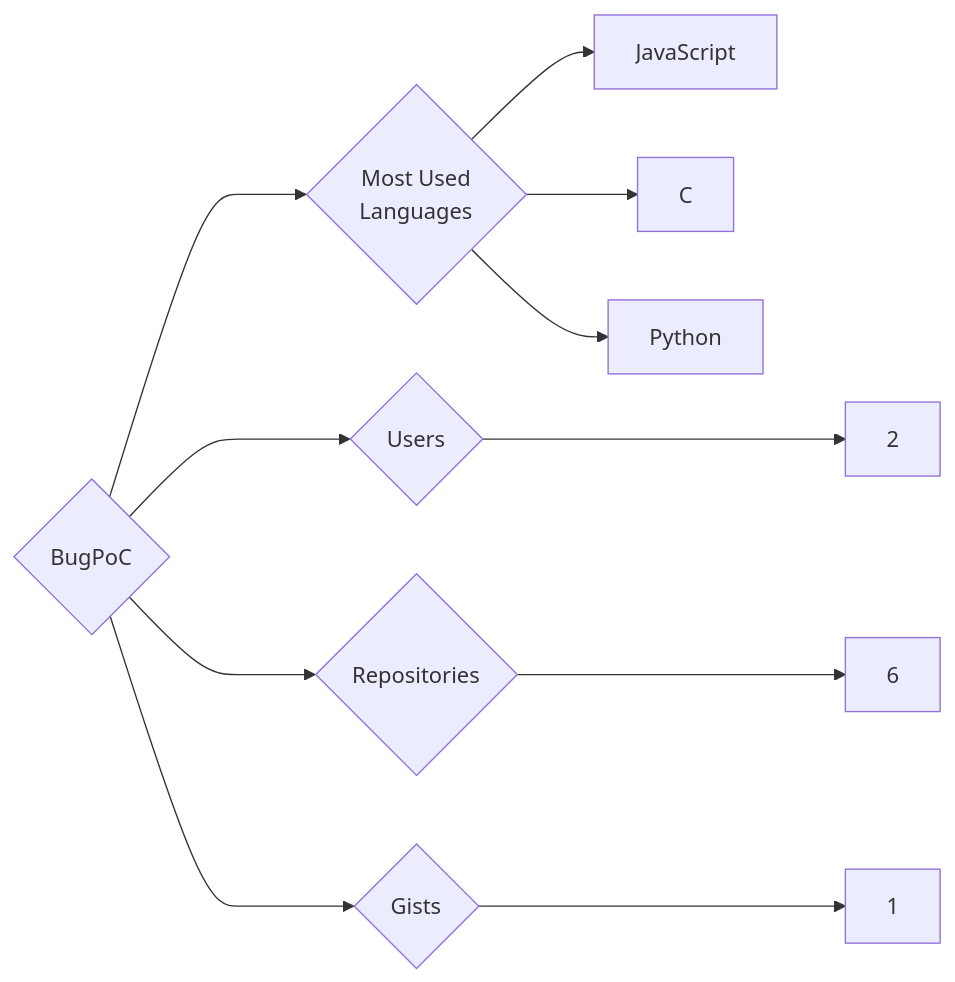
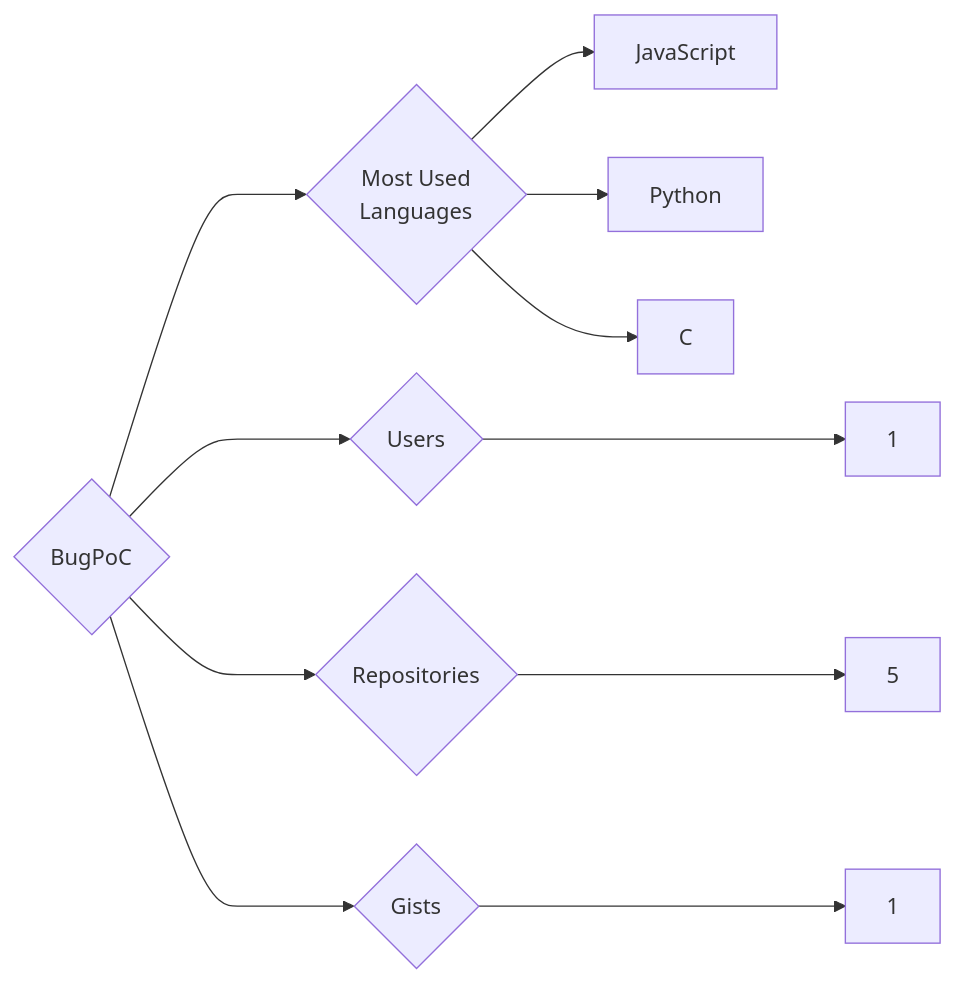
One commit to trickest/insiders changed the diagram in targets/BugPoC/README.md. Above: the diagram before and after it, drawn with Mermaid. The commit also changed 1030 other files, not shown here.

````diff
--- a/targets/BugPoC/README.md
+++ b/targets/BugPoC/README.md
@@ -3,11 +3,11 @@
 ```mermaid
 graph LR
 COMPANY_NAME{BugPoC}
-COMPANY_NAME ---> U{Users} ---> UN[2]
-COMPANY_NAME ---> R{Repositories} ---> RN[6]
+COMPANY_NAME ---> U{Users} ---> UN[1]
+COMPANY_NAME ---> R{Repositories} ---> RN[5]
 COMPANY_NAME ---> G{Gists} ---> GN[1]
 COMPANY_NAME ---> ML{Most Used<br>Languages}
 ML --> JavaScript[JavaScript]
+ML --> Python[Python]
 ML --> C[C]
-ML --> Python[Python]
 ```
````
